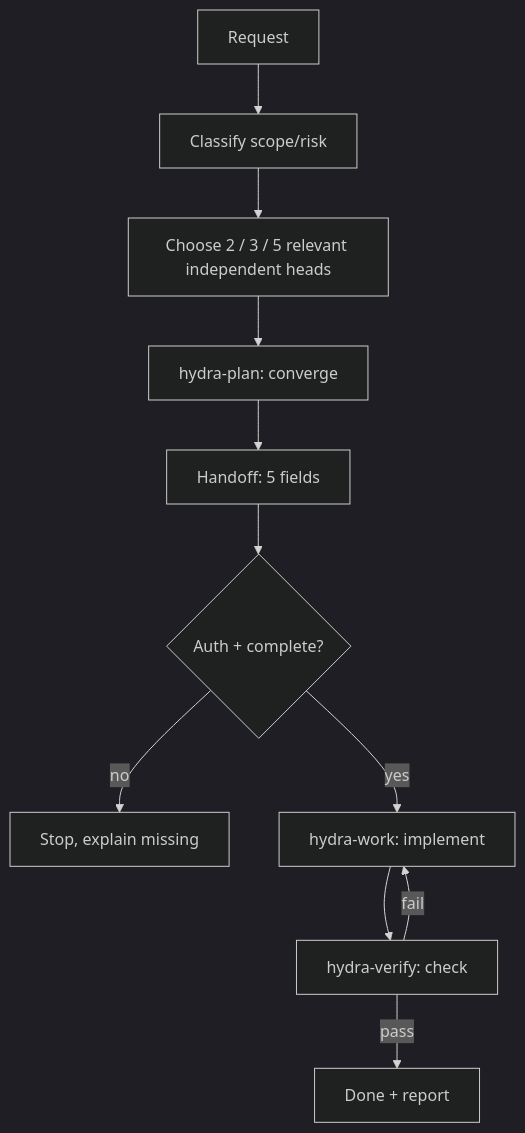
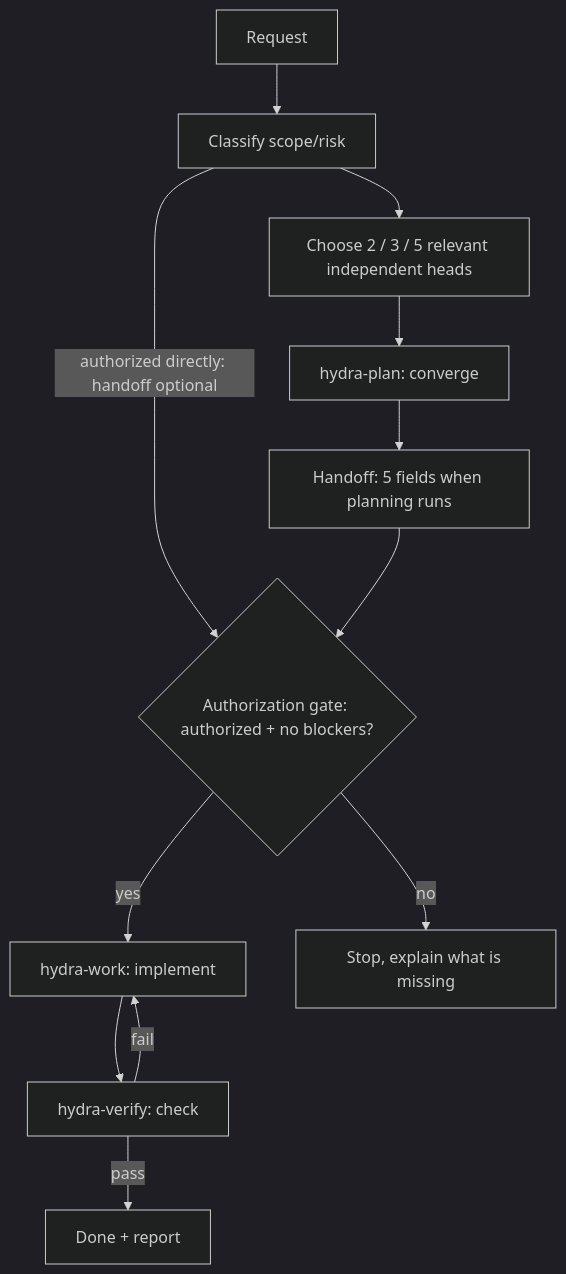
Before and after one commit to Phatcharaphon-Hemnon/Hydra-Subagent-Skill: the diagram in docs/assets/hydra-flow.mmd, drawn with Mermaid (dark theme). The commit also changed 2 other files, not shown here.

Commit message:
Show direct authorized work entry in the workflow diagram.
Update the README flowchart and the Hydra flow asset so an authorized request
enters hydra-work with a brief scope, with planning and the 5-field handoff
shown as optional.

🤖 Generated with Codebuff

```diff
--- a/docs/assets/hydra-flow.mmd
+++ b/docs/assets/hydra-flow.mmd
@@ -1,14 +1,15 @@
 %% Hydra workflow — source of truth for docs/assets/hydra-flow.svg
 %% Keep node labels in sync with hydra-plan / hydra-work / hydra-verify
 %% and the 5-field handoff: task, ordered steps, files, checks, authorized scope.
 flowchart TD
   REQ[Request] --> CLASSIFY[Classify scope/risk]
+  CLASSIFY -->|authorized directly: handoff optional| GATE{Authorization gate: authorized + no blockers?}
   CLASSIFY --> HEADS[Choose 2 / 3 / 5 relevant independent heads]
   HEADS --> PLAN[hydra-plan: converge]
-  PLAN --> HANDOFF[Handoff: 5 fields]
-  HANDOFF --> GATE{Auth + complete?}
-  GATE -- no --> STOP[Stop, explain missing]
+  PLAN --> HANDOFF[Handoff: 5 fields when planning runs]
+  HANDOFF --> GATE
   GATE -- yes --> WORK[hydra-work: implement]
+  GATE -- no --> STOP[Stop, explain what is missing]
   WORK --> VERIFY[hydra-verify: check]
   VERIFY -- fail --> WORK
   VERIFY -- pass --> DONE[Done + report]
```
